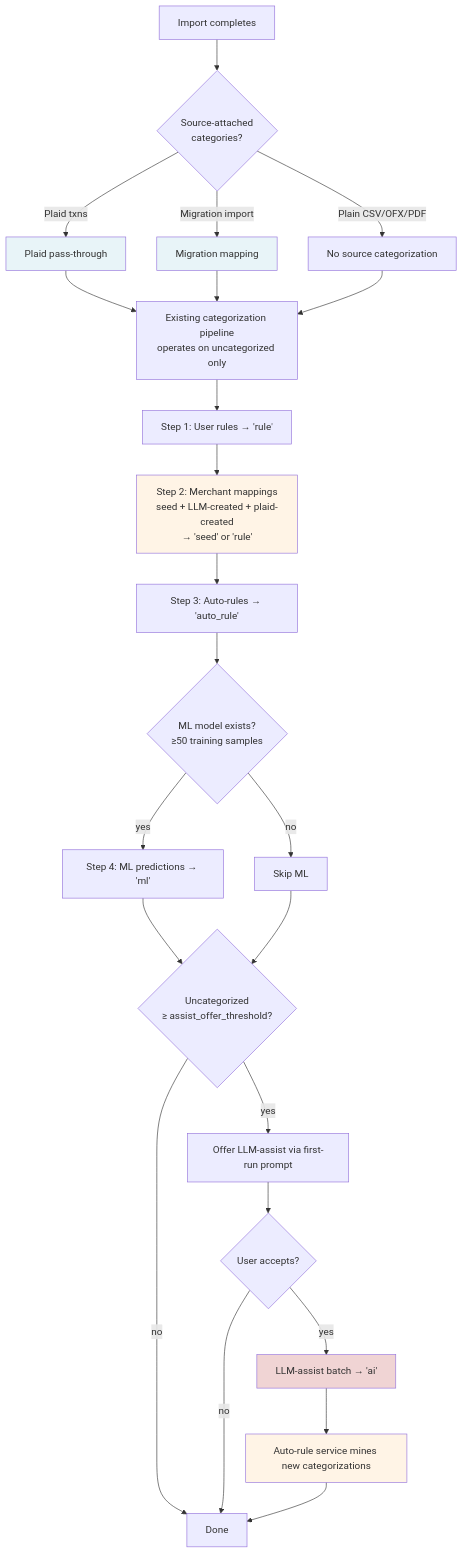
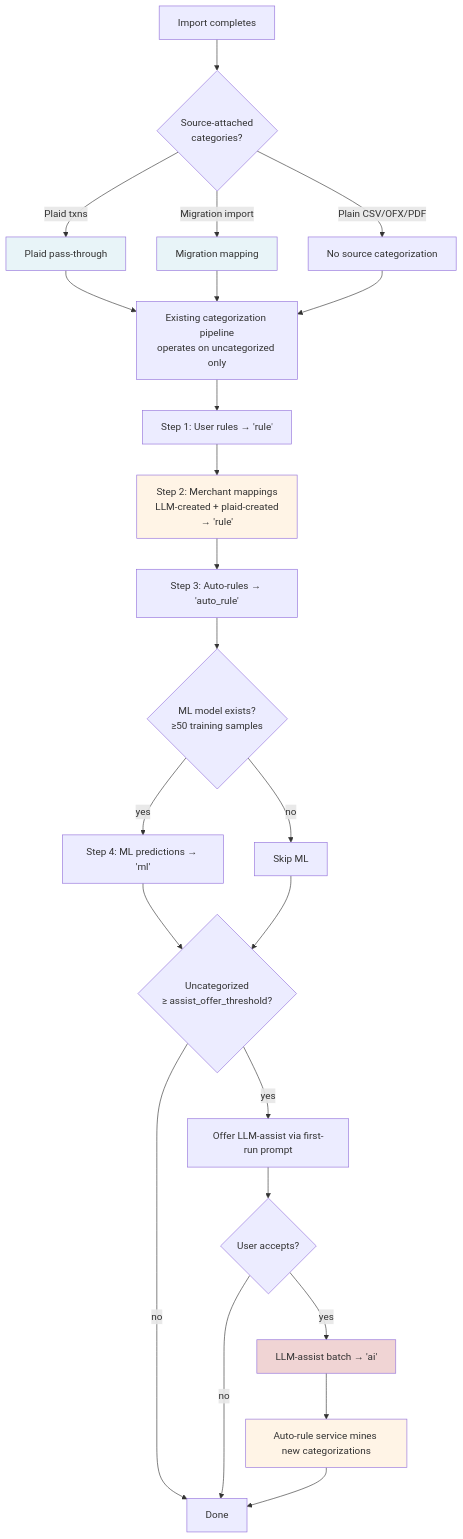
The sixth of 8 diagrams in docs/specs/categorization-cold-start.md (bsaffel/moneybin), drawn with Mermaid before and after one commit. The commit also changed other lines of this file and 35 other files, not shown here.

First line of the commit message:
Drop seed merchant catalogs and `app.merchant_overrides` (#145)

````diff
--- a/docs/specs/categorization-cold-start.md
+++ b/docs/specs/categorization-cold-start.md
@@ -155,32 +141,32 @@
 ```mermaid
 flowchart TD
     A[Import completes] --> B{Source-attached<br/>categories?}
     B -->|Plaid txns| C[Plaid pass-through]
     B -->|Migration import| D[Migration mapping]
     B -->|Plain CSV/OFX/PDF| E[No source categorization]
     C --> F
     D --> F
     E --> F[Existing categorization pipeline<br/>operates on uncategorized only]
 
     F --> G[Step 1: User rules → 'rule']
-    G --> H[Step 2: Merchant mappings<br/>seed + LLM-created + plaid-created<br/>→ 'seed' or 'rule']
+    G --> H[Step 2: Merchant mappings<br/>LLM-created + plaid-created<br/>→ 'rule']
     H --> I[Step 3: Auto-rules → 'auto_rule']
     I --> J{ML model exists?<br/>≥50 training samples}
     J -->|yes| K[Step 4: ML predictions → 'ml']
     J -->|no| L[Skip ML]
     K --> M
     L --> M{Uncategorized<br/>≥ assist_offer_threshold?}
     M -->|yes| N[Offer LLM-assist via first-run prompt]
     M -->|no| O[Done]
     N --> P{User accepts?}
     P -->|yes| Q[LLM-assist batch → 'ai']
     P -->|no| O
     Q --> R[Auto-rule service mines new categorizations]
     R --> O
 
     style C fill:#e8f4f8
     style D fill:#e8f4f8
     style H fill:#fff4e6
     style Q fill:#f0d4d4
     style R fill:#fff4e6
 ```
````
